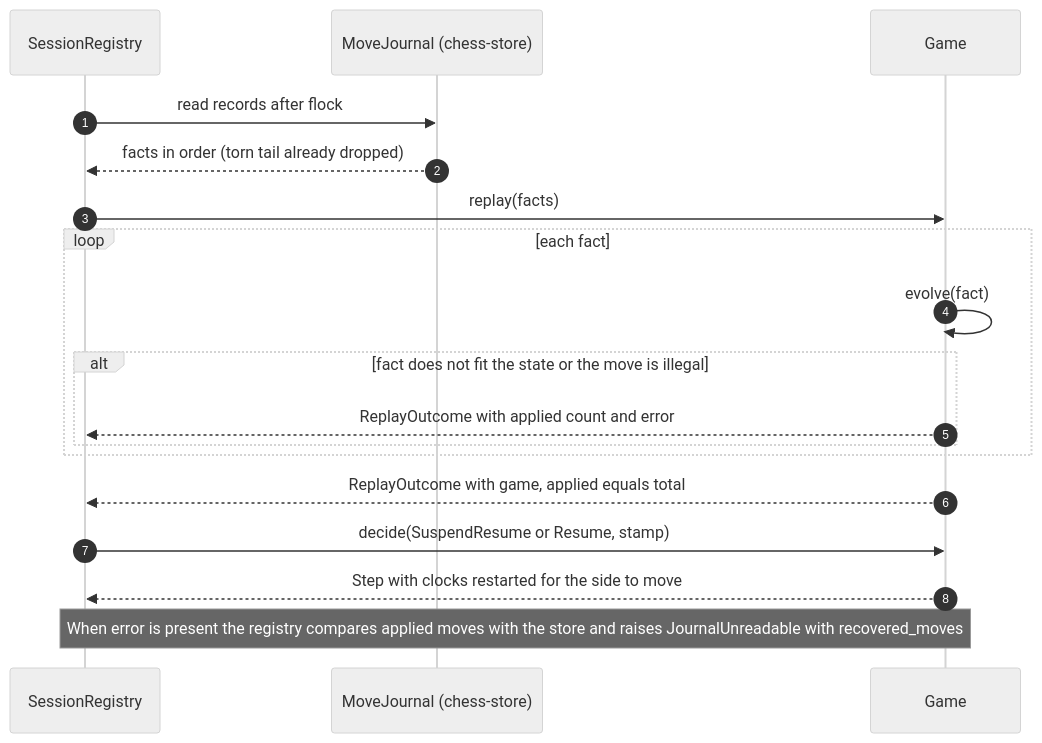
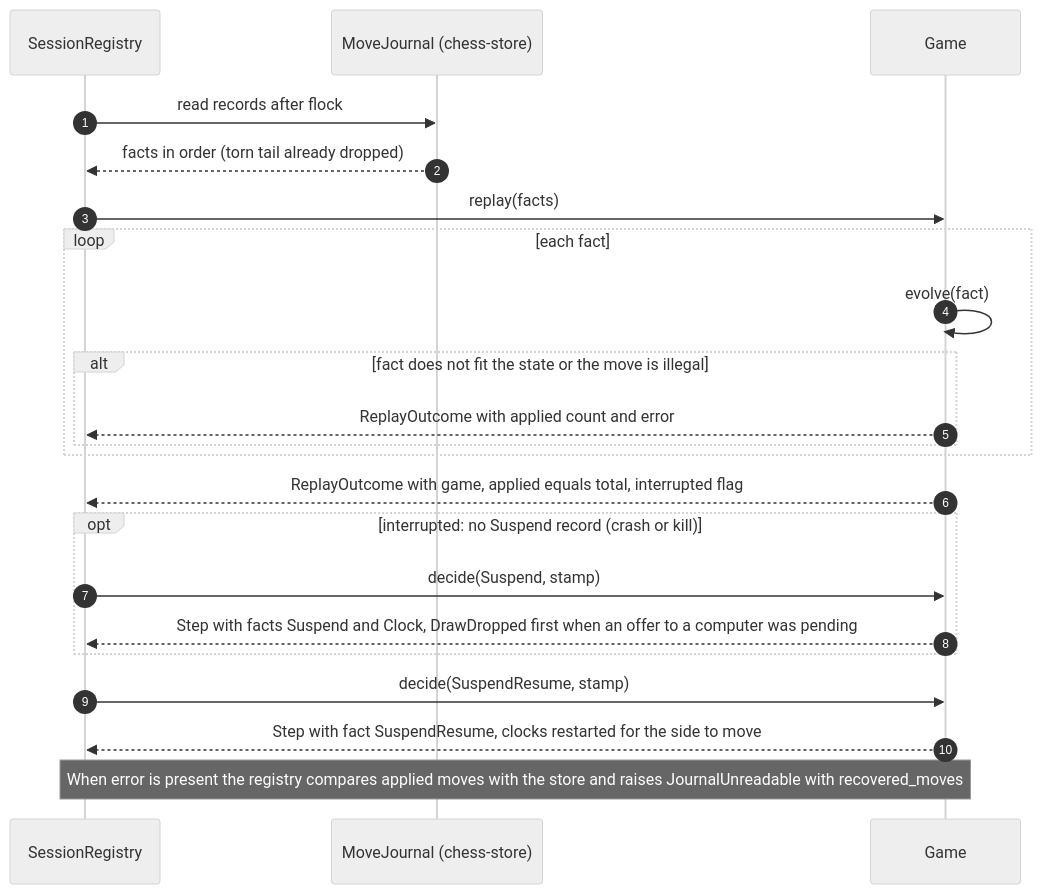
One commit to bprascher/chess changed the fifth of 8 diagrams in docs/design/SDD-chess-domain.md. Above: the diagram before and after it, drawn with Mermaid (neutral theme). The commit also changed other lines of this file and 17 other files, not shown here.

First line of the commit message:
Apply architecture addendum B and C to the SDDs and add the v0.4 consistency pass

````diff
--- a/docs/design/SDD-chess-domain.md
+++ b/docs/design/SDD-chess-domain.md
@@ -441,20 +481,24 @@
 ```mermaid
 sequenceDiagram
     autonumber
     participant SR as SessionRegistry
     participant J as MoveJournal (chess-store)
     participant G as Game
     SR->>J: read records after flock
     J-->>SR: facts in order (torn tail already dropped)
     SR->>G: replay(facts)
     loop each fact
         G->>G: evolve(fact)
         alt fact does not fit the state or the move is illegal
             G-->>SR: ReplayOutcome with applied count and error
         end
     end
-    G-->>SR: ReplayOutcome with game, applied equals total
-    SR->>G: decide(SuspendResume or Resume, stamp)
-    G-->>SR: Step with clocks restarted for the side to move
+    G-->>SR: ReplayOutcome with game, applied equals total, interrupted flag
+    opt interrupted: no Suspend record (crash or kill)
+        SR->>G: decide(Suspend, stamp)
+        G-->>SR: Step with facts Suspend and Clock, DrawDropped first when an offer to a computer was pending
+    end
+    SR->>G: decide(SuspendResume, stamp)
+    G-->>SR: Step with fact SuspendResume, clocks restarted for the side to move
     Note over SR,G: When error is present the registry compares applied moves with the store and raises JournalUnreadable with recovered_moves
 ```
````
